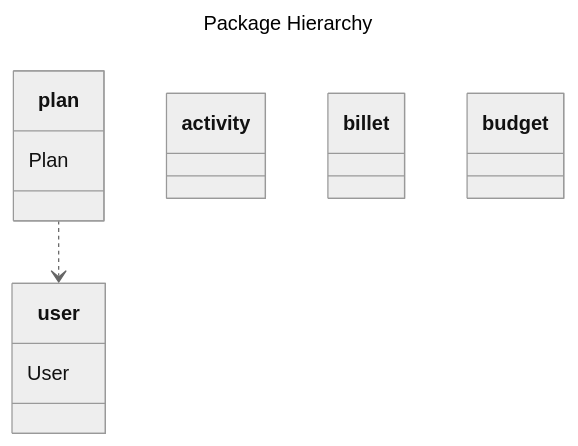
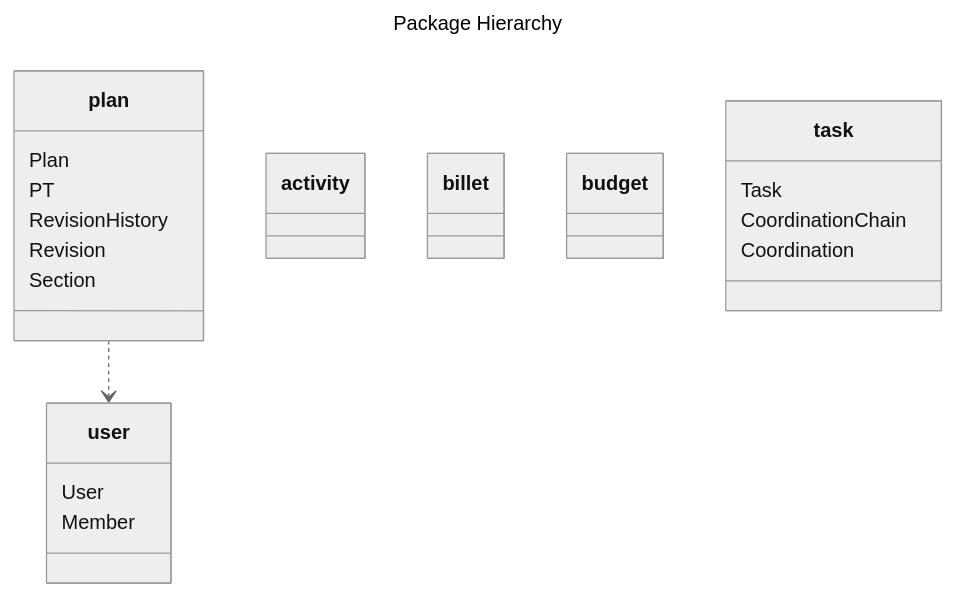
The first of 3 diagrams in docs/domain/classes.md (DerHabicht/capa5), drawn with Mermaid (neutral theme) before and after one commit. The commit also changed other lines of this file and 1 other file, not shown here.

Commit message:
Hashing out staff coordination design

````diff
--- a/docs/domain/classes.md
+++ b/docs/domain/classes.md
@@ -3,26 +3,37 @@
 ```mermaid
 ---
 title: Package Hierarchy
 ---
 
 classDiagram
     plan ..> user
 
     class activity {
     }
 
     class billet {
     }
 
     class budget {
     }
 
     class plan {
         Plan
+        PT
+        RevisionHistory
+        Revision
+        Section
+    }
+
+    class task {
+        Task
+        CoordinationChain
+        Coordination
     }
 
     class user {
         User
+        Member
     }
 
 ```
````
